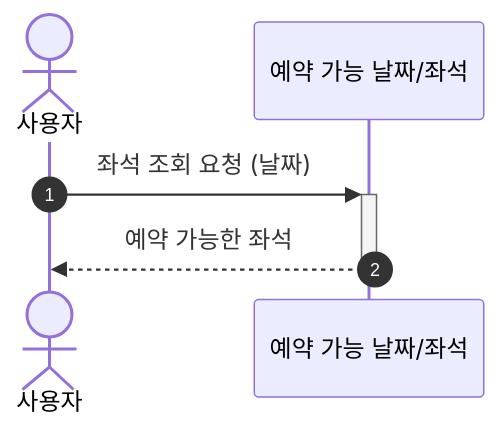
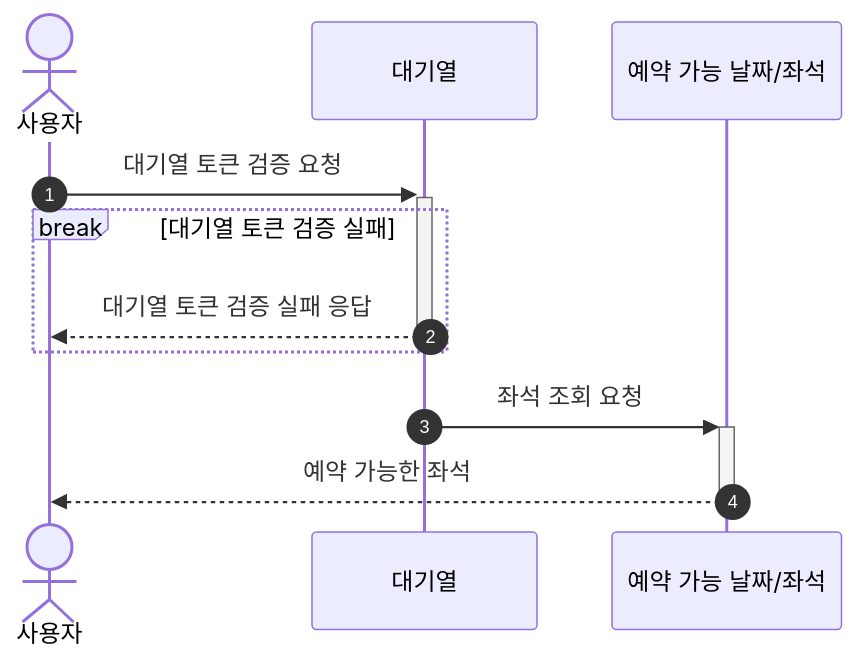
Before and after one commit to kmson-92/hhplus-concert-booking: the third of 5 diagrams in README.md, drawn with Mermaid. The commit also changed other lines of this file, not shown here.

Commit message:
시퀀스 다이어그램의 대기열 부분 수정

````diff
--- a/README.md
+++ b/README.md
@@ -98,7 +93,11 @@
 ```mermaid
    sequenceDiagram
     autonumber
     actor 사용자
-    사용자 ->>+ 예약 가능 날짜/좌석: 좌석 조회 요청 (날짜)
+    사용자 ->>+ 대기열: 대기열 토큰 검증 요청
+    break 대기열 토큰 검증 실패
+	    대기열 -->>- 사용자: 대기열 토큰 검증 실패 응답
+	  end
+    대기열 ->>+ 예약 가능 날짜/좌석: 좌석 조회 요청
     예약 가능 날짜/좌석 -->>- 사용자: 예약 가능한 좌석
 ```
````
